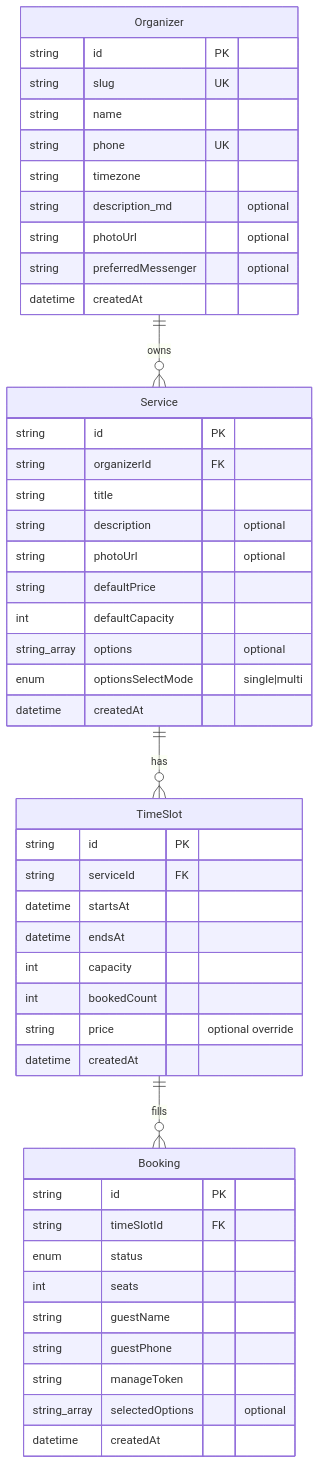
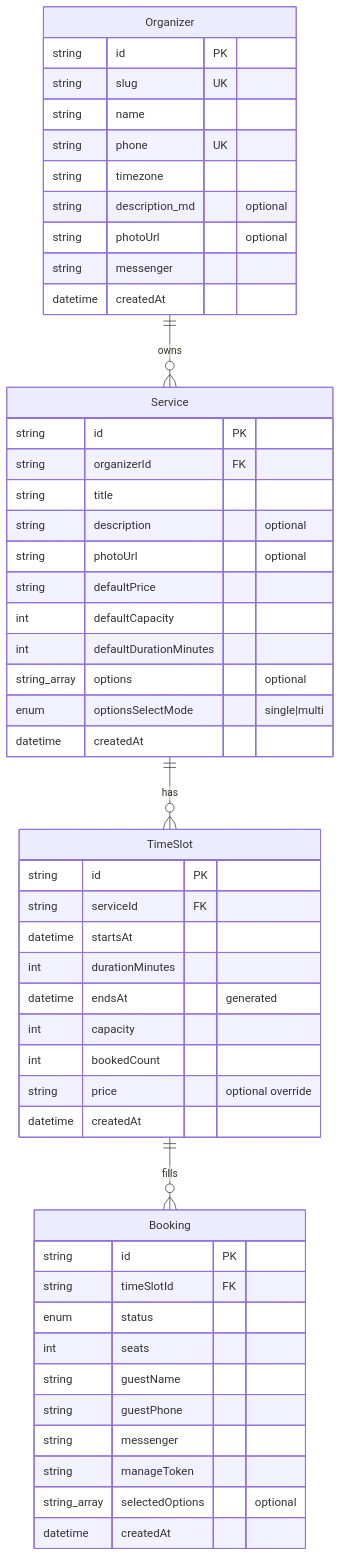
The diagram in docs/domain.md (RM66/count-me-in), drawn with Mermaid before and after one commit. The commit also changed other lines of this file and 28 other files, not shown here.

````diff
--- a/docs/domain.md
+++ b/docs/domain.md
@@ -9,51 +9,54 @@
 ```mermaid
 erDiagram
   Organizer ||--o{ Service : owns
   Service ||--o{ TimeSlot : has
   TimeSlot ||--o{ Booking : fills
 
   Organizer {
     string id PK
     string slug UK
     string name
     string phone UK
     string timezone
     string description_md "optional"
     string photoUrl "optional"
-    string preferredMessenger "optional"
+    string messenger
     datetime createdAt
   }
   Service {
     string id PK
     string organizerId FK
     string title
     string description "optional"
     string photoUrl "optional"
     string defaultPrice
     int defaultCapacity
+    int defaultDurationMinutes
     string_array options "optional"
     enum optionsSelectMode "single|multi"
     datetime createdAt
   }
   TimeSlot {
     string id PK
     string serviceId FK
     datetime startsAt
-    datetime endsAt
+    int durationMinutes
+    datetime endsAt "generated"
     int capacity
     int bookedCount
     string price "optional override"
     datetime createdAt
   }
   Booking {
     string id PK
     string timeSlotId FK
     enum status
     int seats
     string guestName
     string guestPhone
+    string messenger
     string manageToken
     string_array selectedOptions "optional"
     datetime createdAt
   }
 ```
````
